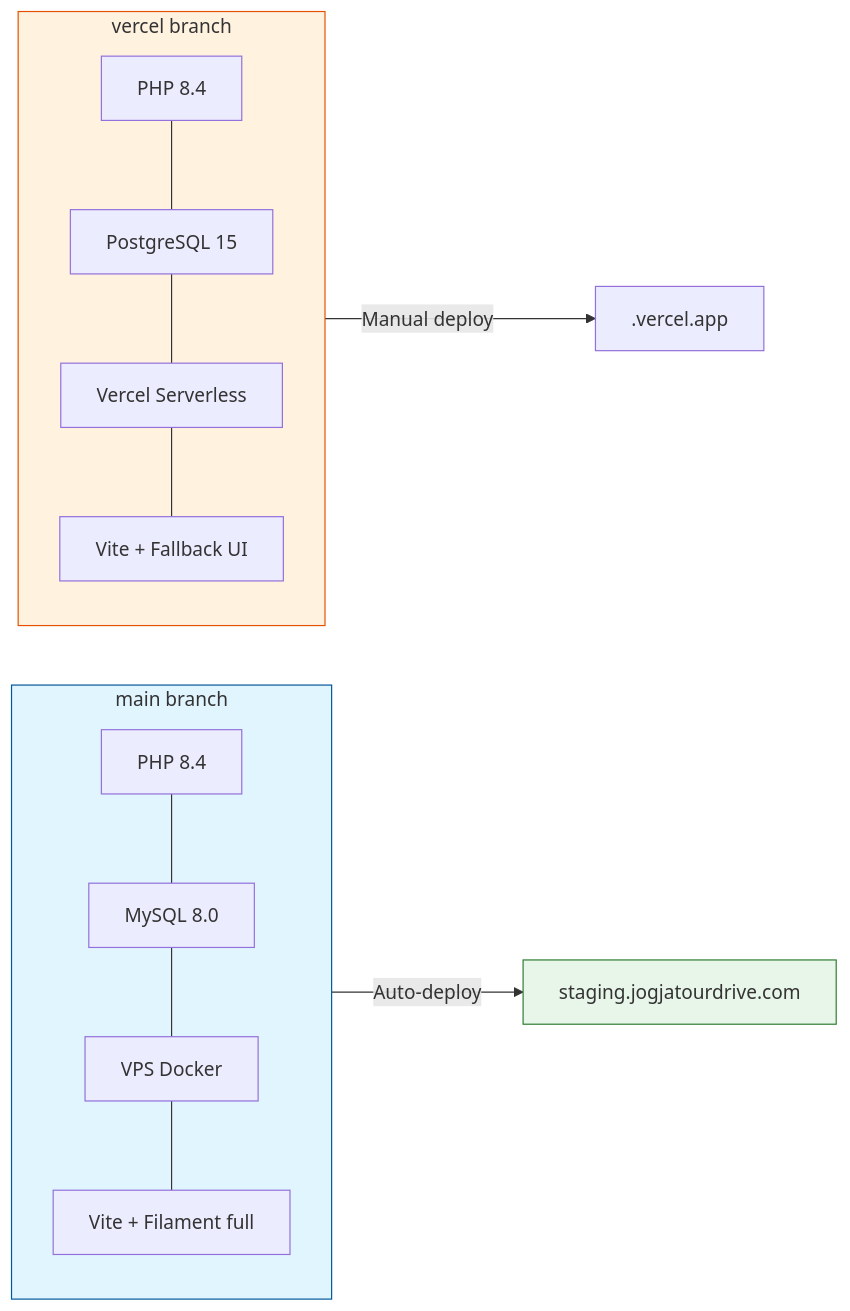
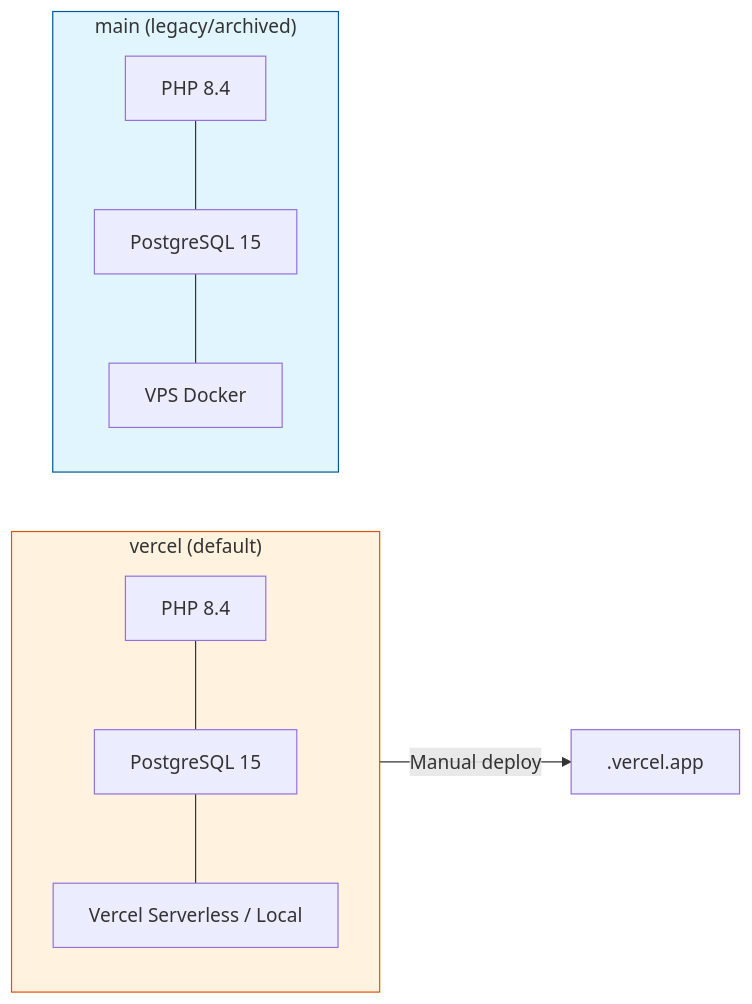
One commit to argasokataman-code/zonaKasir changed the second of 5 diagrams in docs/architecture/OVERVIEW.md. Above: the diagram before and after it, drawn with Mermaid. The commit also changed other lines of this file and 7 other files, not shown here.

First line of the commit message:
chore: remove MySQL entirely — PostgreSQL only

````diff
--- a/docs/architecture/OVERVIEW.md
+++ b/docs/architecture/OVERVIEW.md
@@ -49,27 +47,23 @@
 ```mermaid
 graph LR
-    subgraph MAIN["main branch"]
-        direction TB
-        M1[PHP 8.4]
-        M2[MySQL 8.0]
-        M3[VPS Docker]
-        M4[Vite + Filament full]
-        M1 --- M2 --- M3 --- M4
-    end
-
-    subgraph VERCEL["vercel branch"]
+    subgraph VERCEL["vercel (default)"]
         direction TB
         V1[PHP 8.4]
         V2[PostgreSQL 15]
-        V3[Vercel Serverless]
-        V4[Vite + Fallback UI]
-        V1 --- V2 --- V3 --- V4
+        V3[Vercel Serverless / Local]
+        V1 --- V2 --- V3
     end
 
-    MAIN -->|Auto-deploy| STAGING[staging.jogjatourdrive.com]
+    subgraph MAIN["main (legacy/archived)"]
+        direction TB
+        M1[PHP 8.4]
+        M2[PostgreSQL 15]
+        M3[VPS Docker]
+        M1 --- M2 --- M3
+    end
+
     VERCEL -->|Manual deploy| VERCEL_DEPLOY[.vercel.app]
 
     style MAIN fill:#e1f5fe,stroke:#01579b
     style VERCEL fill:#fff3e0,stroke:#e65100
-    style STAGING fill:#e8f5e9,stroke:#2e7d32
 ```
````
